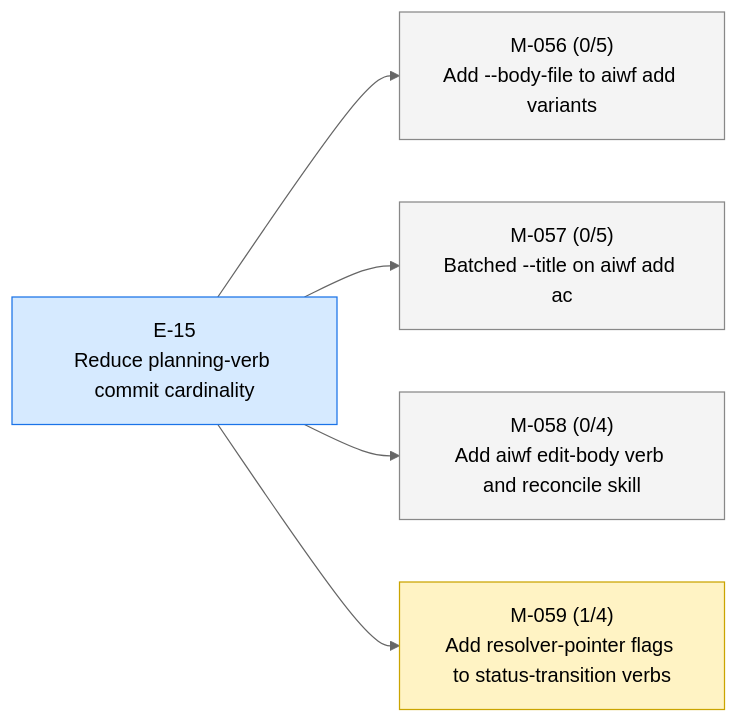
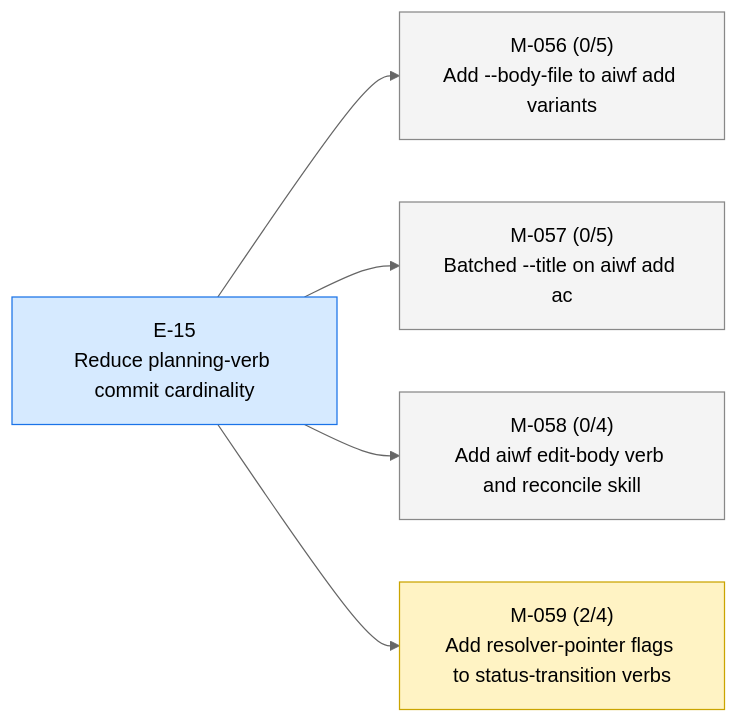
The first of 3 diagrams in STATUS.md (23min/aiwf), drawn with Mermaid (neutral theme) before and after one commit. The commit also changed other lines of this file and 1 other file, not shown here.

````diff
--- a/STATUS.md
+++ b/STATUS.md
@@ -14,18 +14,18 @@
 ```mermaid
 flowchart LR
   E_15["E-15<br/>Reduce planning-verb commit cardinality"]:::epic_active
   M_056["M-056 (0/5)<br/>Add --body-file to aiwf add variants"]:::ms_draft
   E_15 --> M_056
   M_057["M-057 (0/5)<br/>Batched --title on aiwf add ac"]:::ms_draft
   E_15 --> M_057
   M_058["M-058 (0/4)<br/>Add aiwf edit-body verb and reconcile skill"]:::ms_draft
   E_15 --> M_058
-  M_059["M-059 (1/4)<br/>Add resolver-pointer flags to status-transition verbs"]:::ms_in_progress
+  M_059["M-059 (2/4)<br/>Add resolver-pointer flags to status-transition verbs"]:::ms_in_progress
   E_15 --> M_059
   classDef epic_active fill:#d6eaff,stroke:#1a73e8,color:#000
   classDef epic_proposed fill:#f4f4f4,stroke:#888,color:#000
   classDef ms_done fill:#d8f5d8,stroke:#2a8a2a,color:#000
   classDef ms_in_progress fill:#fff3c4,stroke:#caa400,color:#000
   classDef ms_draft fill:#f4f4f4,stroke:#888,color:#000
   classDef ms_cancelled fill:#fbeaea,stroke:#c33,color:#000
 ```
````
